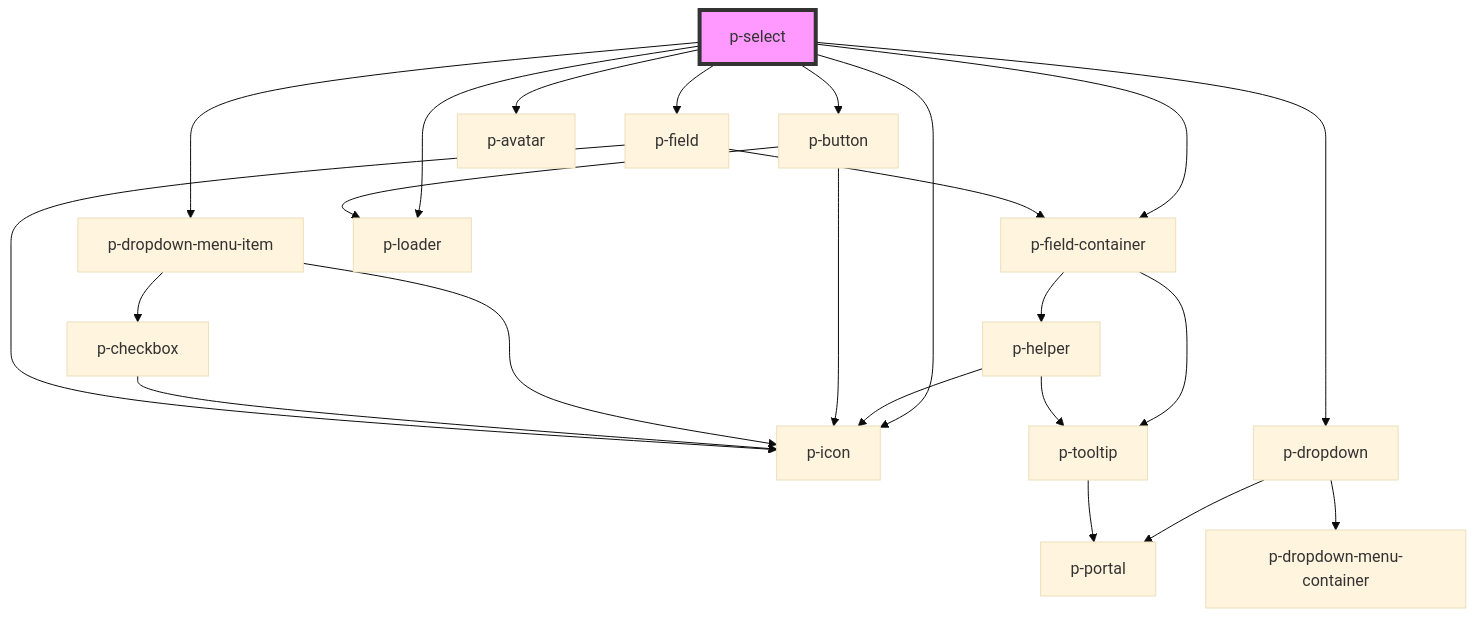
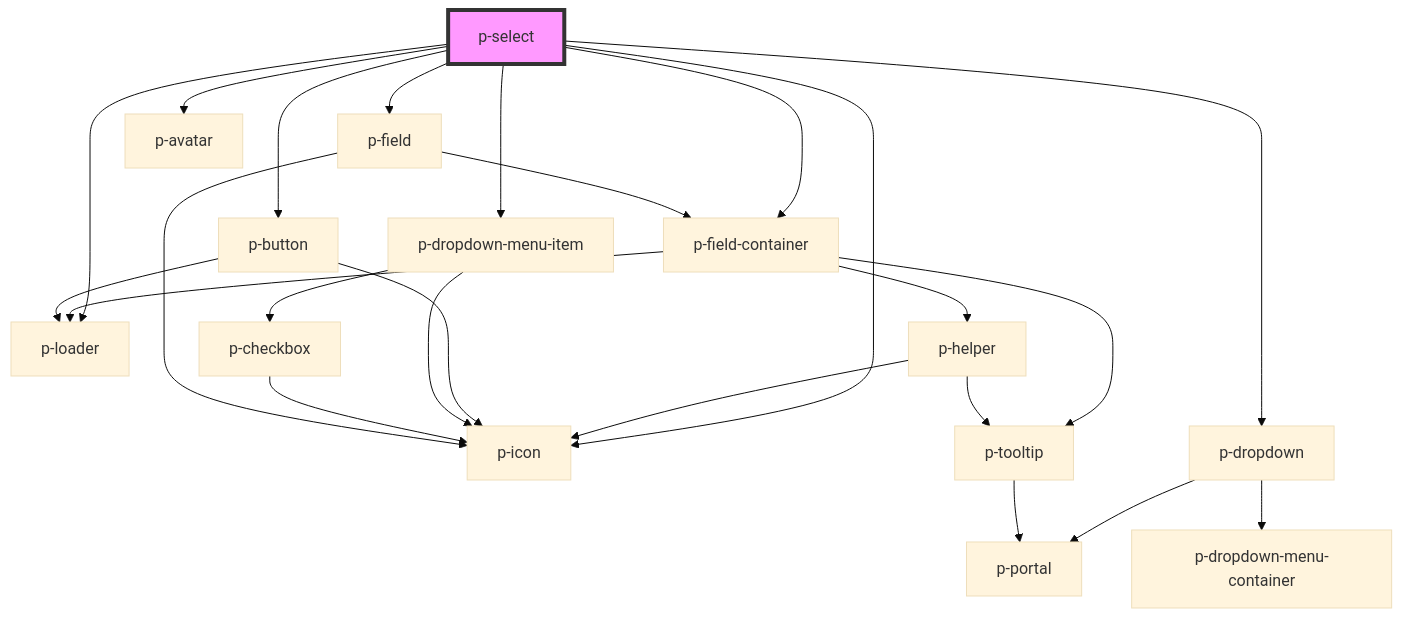
One commit to Employes/Paperless changed the diagram in packages/core/src/components/molecules/select/readme.md. Above: the diagram before and after it, drawn with Mermaid (base theme). The commit also changed 14 other files, not shown here.

Commit message:
feat(molecules/field-container): Add loading prop

````diff
--- a/packages/core/src/components/molecules/select/readme.md
+++ b/packages/core/src/components/molecules/select/readme.md
@@ -79,26 +79,27 @@
 ```mermaid
 graph TD;
   p-select --> p-icon
   p-select --> p-dropdown
   p-select --> p-field-container
   p-select --> p-button
   p-select --> p-dropdown-menu-item
   p-select --> p-loader
   p-select --> p-field
   p-select --> p-avatar
   p-dropdown --> p-portal
   p-dropdown --> p-dropdown-menu-container
+  p-field-container --> p-loader
   p-field-container --> p-helper
   p-field-container --> p-tooltip
   p-helper --> p-tooltip
   p-helper --> p-icon
   p-tooltip --> p-portal
   p-button --> p-icon
   p-button --> p-loader
   p-dropdown-menu-item --> p-icon
   p-dropdown-menu-item --> p-checkbox
   p-checkbox --> p-icon
   p-field --> p-field-container
   p-field --> p-icon
   style p-select fill:#f9f,stroke:#333,stroke-width:4px
 ```
````
